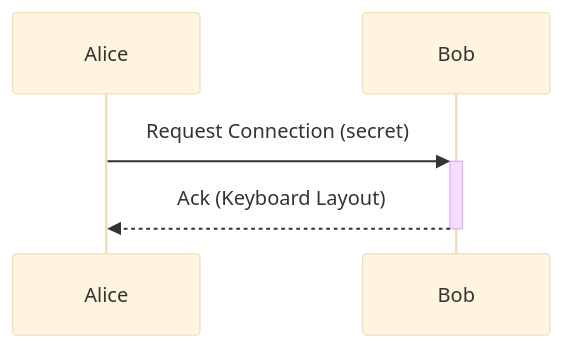
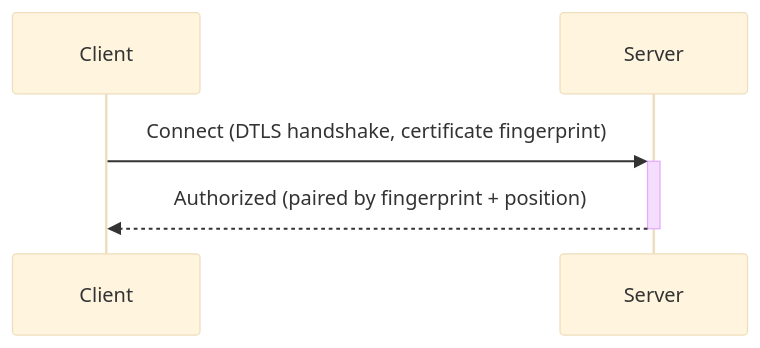
The second of 2 diagrams in DOC.md (luminusOS/deskunion), drawn with Mermaid (base theme) before and after one commit. The commit also changed other lines of this file and 166 other files, not shown here.

````diff
--- a/DOC.md
+++ b/DOC.md
@@ -48,5 +71,5 @@
 ```mermaid
 sequenceDiagram
-    Alice->>+Bob: Request Connection (secret)
-    Bob-->>-Alice: Ack (Keyboard Layout)
+    Client->>+Server: Connect (DTLS handshake, certificate fingerprint)
+    Server-->>-Client: Authorized (paired by fingerprint + position)
 ```
````
